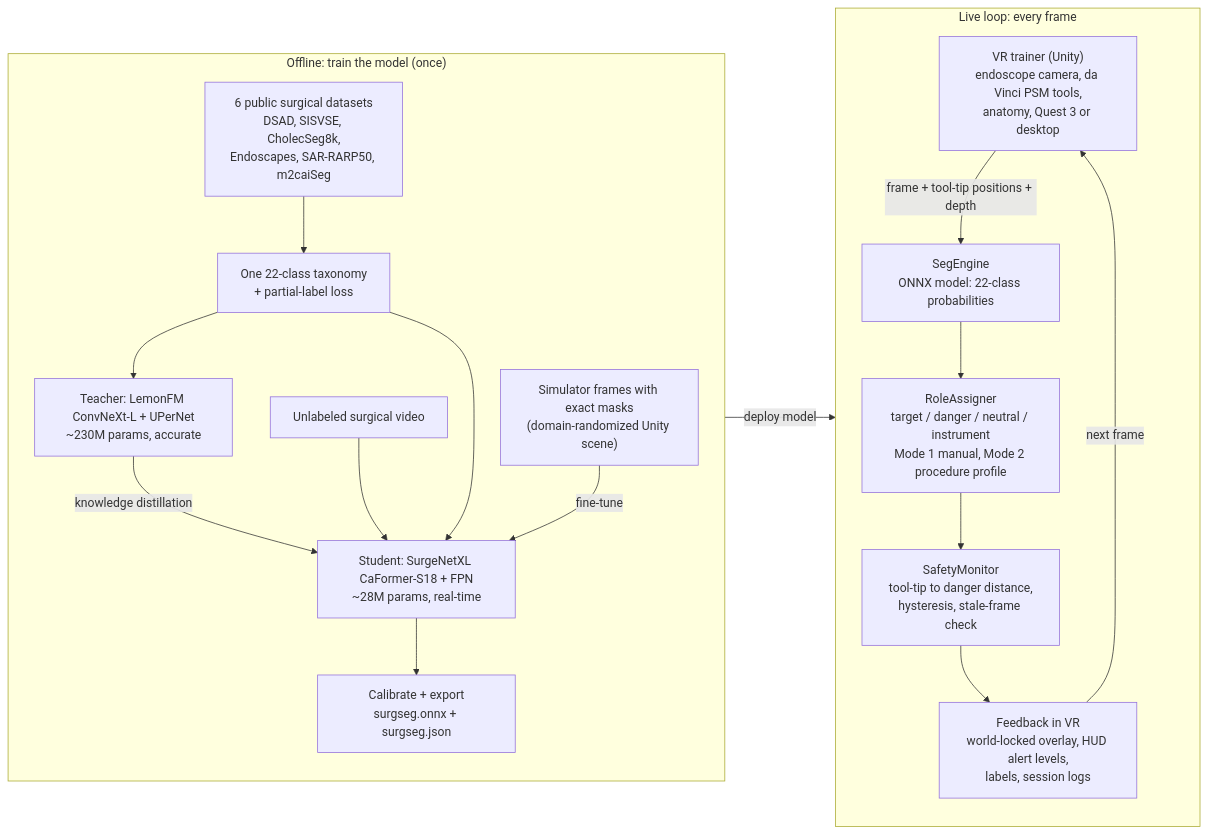
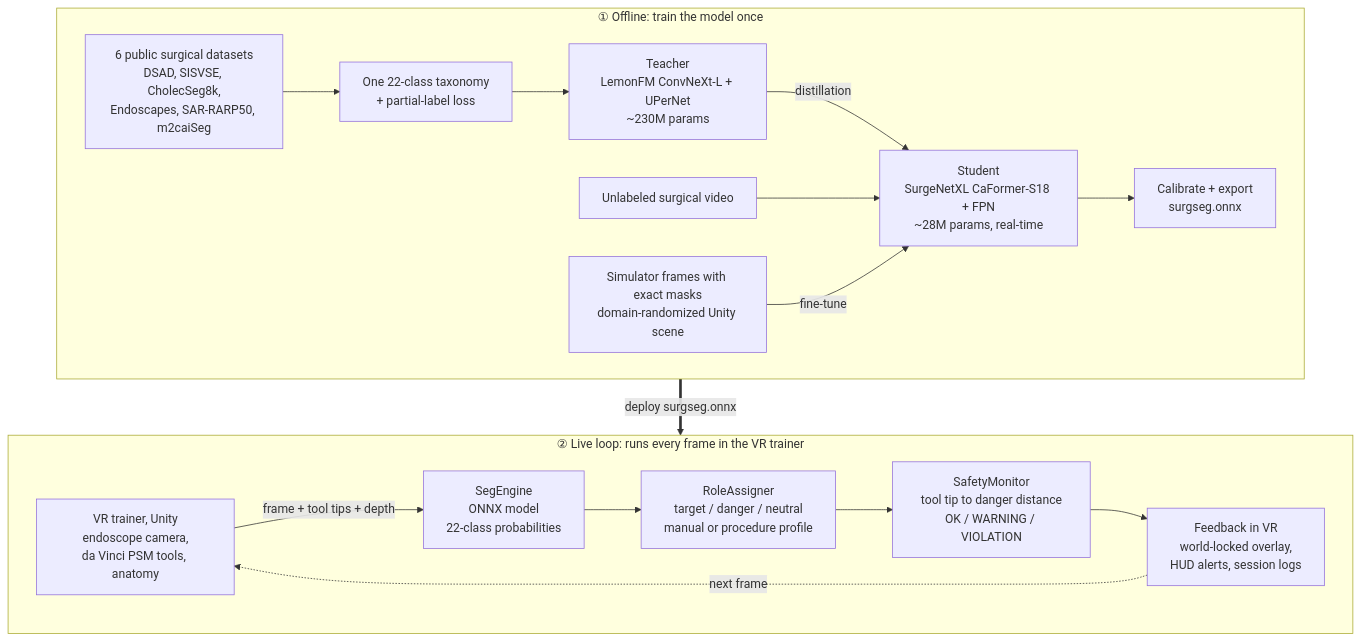
One commit to murugansaravanan963-afk/vr-surgical-coaching changed the diagram in README.md. Above: the diagram before and after it, drawn with Mermaid.

Commit message:
README: stack the system diagram vertically so it is readable

````diff
--- a/README.md
+++ b/README.md
@@ -24,32 +24,29 @@
 ```mermaid
-flowchart LR
-    subgraph OFF["Offline: train the model (once)"]
-        direction TB
+flowchart TB
+    subgraph OFF["① Offline: train the model once"]
+        direction LR
         D["6 public surgical datasets<br/>DSAD, SISVSE, CholecSeg8k,<br/>Endoscapes, SAR-RARP50, m2caiSeg"]
+        TX["One 22-class taxonomy<br/>+ partial-label loss"]
+        T["Teacher<br/>LemonFM ConvNeXt-L + UPerNet<br/>~230M params"]
+        ST["Student<br/>SurgeNetXL CaFormer-S18 + FPN<br/>~28M params, real-time"]
+        X["Calibrate + export<br/>surgseg.onnx"]
         U["Unlabeled surgical video"]
-        S["Simulator frames with exact masks<br/>(domain-randomized Unity scene)"]
-        TX["One 22-class taxonomy<br/>+ partial-label loss"]
-        T["Teacher: LemonFM ConvNeXt-L + UPerNet<br/>~230M params, accurate"]
-        ST["Student: SurgeNetXL CaFormer-S18 + FPN<br/>~28M params, real-time"]
-        X["Calibrate + export<br/>surgseg.onnx + surgseg.json"]
-        D --> TX --> T
-        T -->|knowledge distillation| ST
+        S["Simulator frames with exact masks<br/>domain-randomized Unity scene"]
+        D --> TX --> T -->|distillation| ST --> X
         U --> ST
-        TX --> ST
         S -->|fine-tune| ST
-        ST --> X
     end
 
-    subgraph LIVE["Live loop: every frame"]
-        direction TB
-        VR["VR trainer (Unity)<br/>endoscope camera, da Vinci PSM tools,<br/>anatomy, Quest 3 or desktop"]
-        SEG["SegEngine<br/>ONNX model: 22-class probabilities"]
-        ROLE["RoleAssigner<br/>target / danger / neutral / instrument<br/>Mode 1 manual, Mode 2 procedure profile"]
-        SAFE["SafetyMonitor<br/>tool-tip to danger distance,<br/>hysteresis, stale-frame check"]
-        OUT["Feedback in VR<br/>world-locked overlay, HUD alert levels,<br/>labels, session logs"]
-        VR -->|frame + tool-tip positions + depth| SEG --> ROLE --> SAFE --> OUT
-        OUT -->|next frame| VR
+    subgraph LIVE["② Live loop: runs every frame in the VR trainer"]
+        direction LR
+        VR["VR trainer, Unity<br/>endoscope camera,<br/>da Vinci PSM tools, anatomy"]
+        SEG["SegEngine<br/>ONNX model<br/>22-class probabilities"]
+        ROLE["RoleAssigner<br/>target / danger / neutral<br/>manual or procedure profile"]
+        SAFE["SafetyMonitor<br/>tool tip to danger distance<br/>OK / WARNING / VIOLATION"]
+        OUT["Feedback in VR<br/>world-locked overlay,<br/>HUD alerts, session logs"]
+        VR -->|frame + tool tips + depth| SEG --> ROLE --> SAFE --> OUT
+        OUT -.->|next frame| VR
     end
 
-    X -->|deploy model| SEG
+    OFF ==>|deploy surgseg.onnx| LIVE
 ```
````
